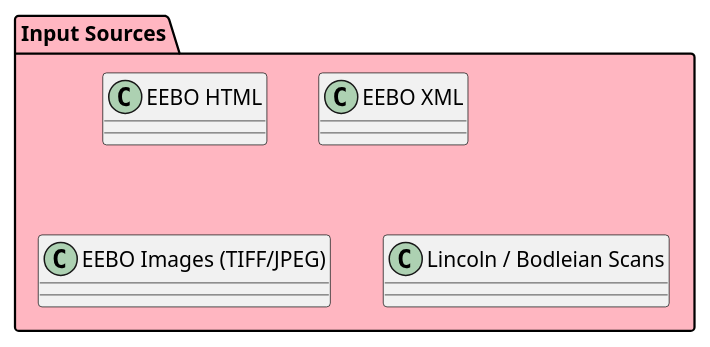
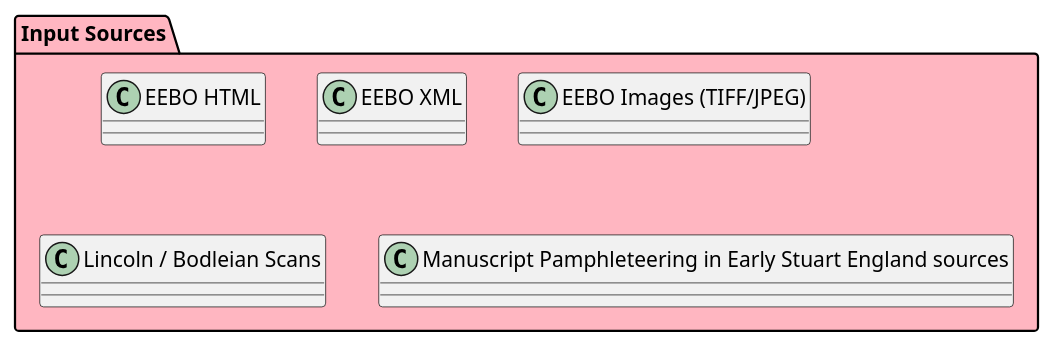
One commit to leegee/mutatis-mutandis changed the diagram in docs/uml/src/components/inputs.puml. Above: the diagram before and after it, drawn with PlantUML. The commit also changed 6 other files, not shown here.

```diff
--- a/docs/uml/src/components/inputs.puml
+++ b/docs/uml/src/components/inputs.puml
@@ -1,6 +1,7 @@
 package "Input Sources" #lightpink {
     class "EEBO HTML"
     class "EEBO XML"
     class "EEBO Images (TIFF/JPEG)"
     class "Lincoln / Bodleian Scans"
+    class "Manuscript Pamphleteering in Early Stuart England sources" as MPESE
 }
```
